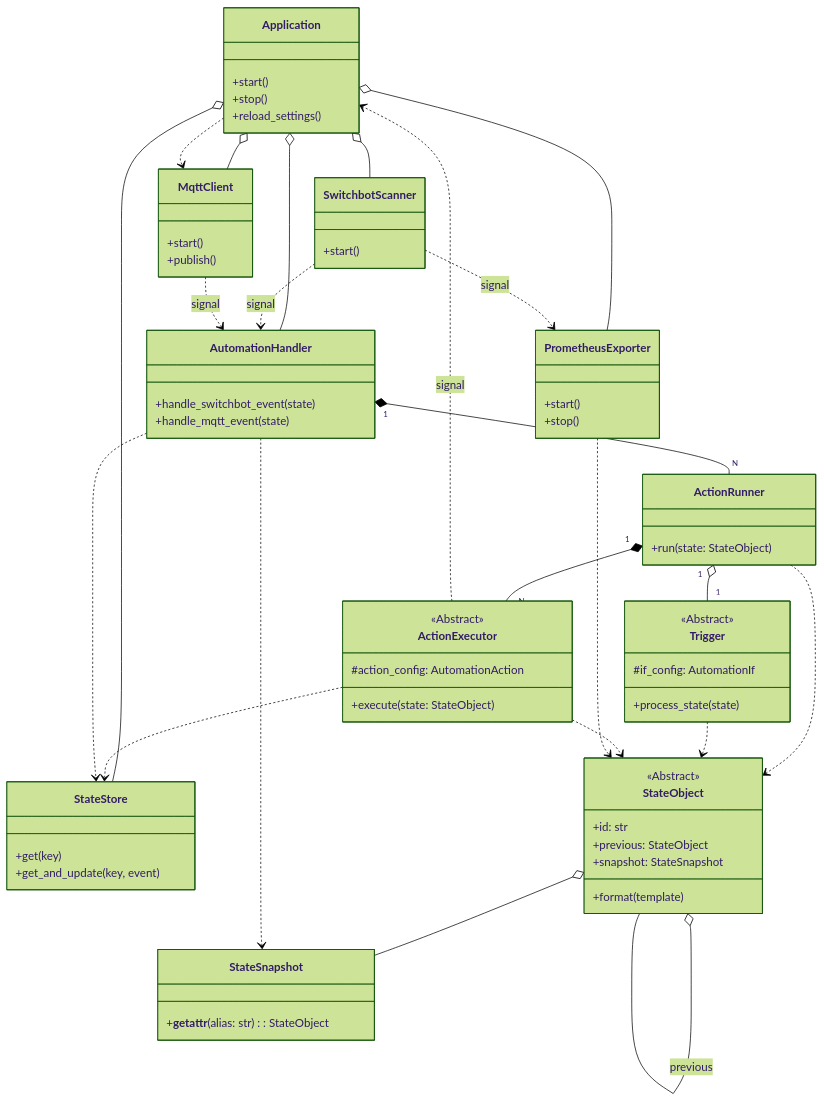
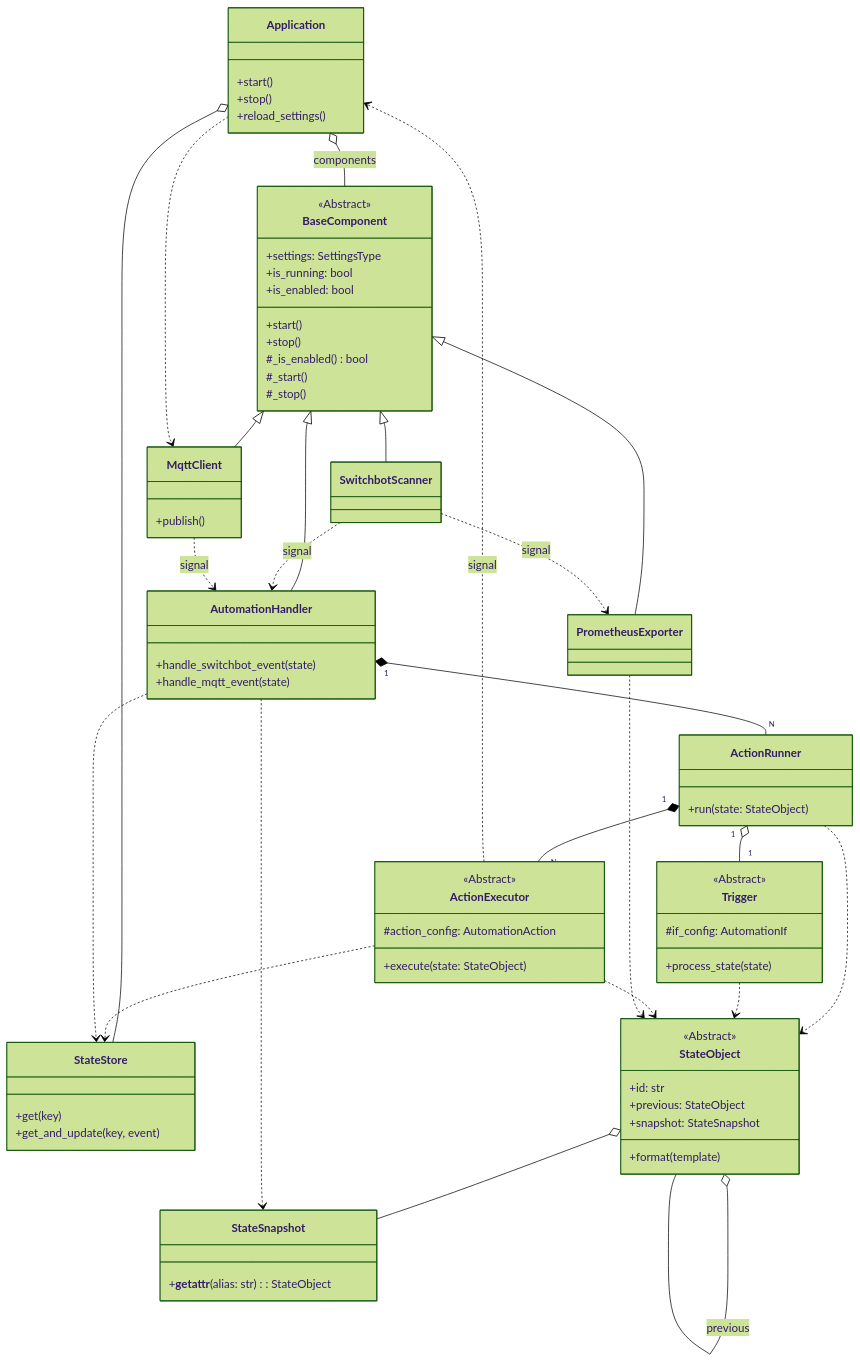
Before and after one commit to hnw/switchbot-actions: the diagram in docs/specification.md, drawn with Mermaid (forest theme). The commit also changed other lines of this file and 14 other files, not shown here.

First line of the commit message:
feat: Introduce component lifecycle management and live settings reload

```diff
--- a/docs/specification.md
+++ b/docs/specification.md
@@ -29,18 +29,31 @@
         +reload_settings()
     }
 
+    class BaseComponent {
+        <<Abstract>>
+        +settings: SettingsType
+        +is_running: bool
+        +is_enabled: bool
+        +start()
+        +stop()
+        #_is_enabled() bool
+        #_start()
+        #_stop()
+    }
+
     class SwitchbotScanner {
-        +start()
     }
 
     class MqttClient {
-        +start()
         +publish()
     }
 
     class AutomationHandler {
         +handle_switchbot_event(state)
         +handle_mqtt_event(state)
+    }
+
+    class PrometheusExporter {
     }
 
     class ActionRunner {
@@ -76,16 +89,15 @@
         +__getattr__(alias: str) : StateObject
     }
 
-    class PrometheusExporter {
-        +start()
-        +stop()
-    }
+    %% --- Inheritance ---
+    BaseComponent <|-- SwitchbotScanner
+    BaseComponent <|-- MqttClient
+    BaseComponent <|-- PrometheusExporter
+    BaseComponent <|-- AutomationHandler
+
 
     %% --- Aggregation/Composition (has-a) relationships ---
-    Application o-- SwitchbotScanner
-    Application o-- MqttClient
-    Application o-- PrometheusExporter
-    Application o-- AutomationHandler
+    Application o-- BaseComponent : components
     Application o-- StateStore
 
     AutomationHandler "1" *-- "N" ActionRunner
```
